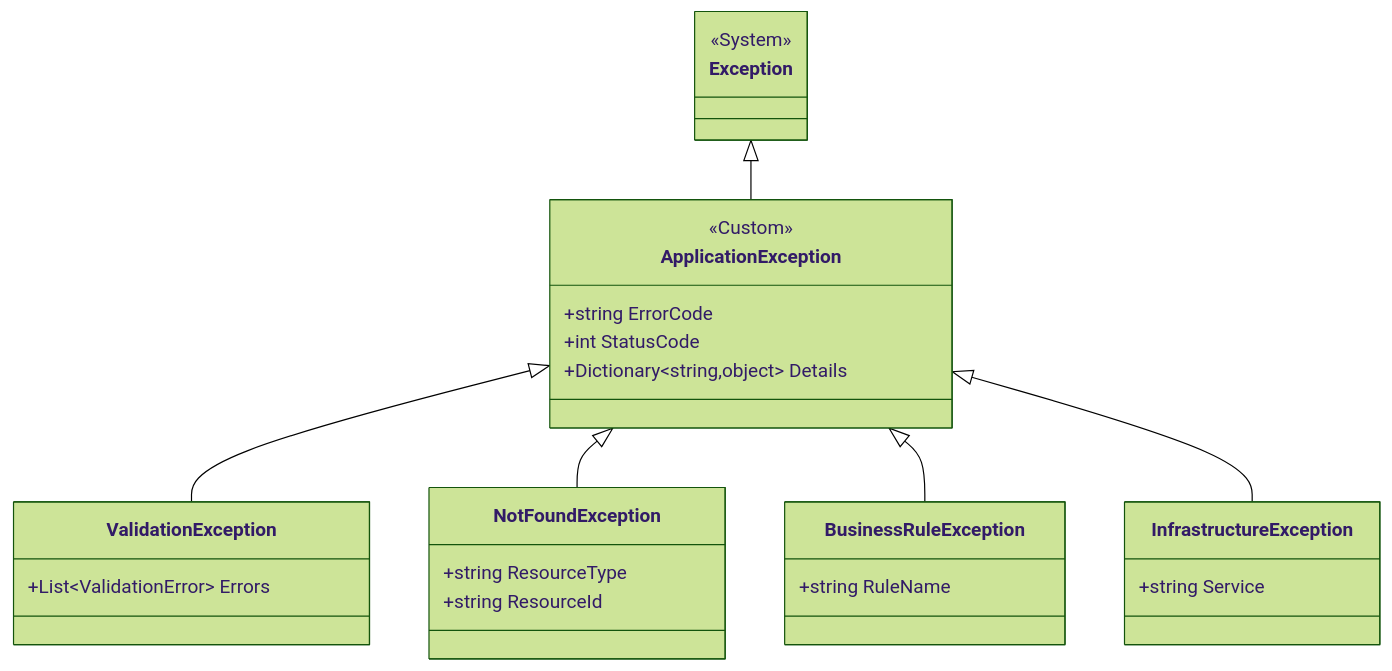
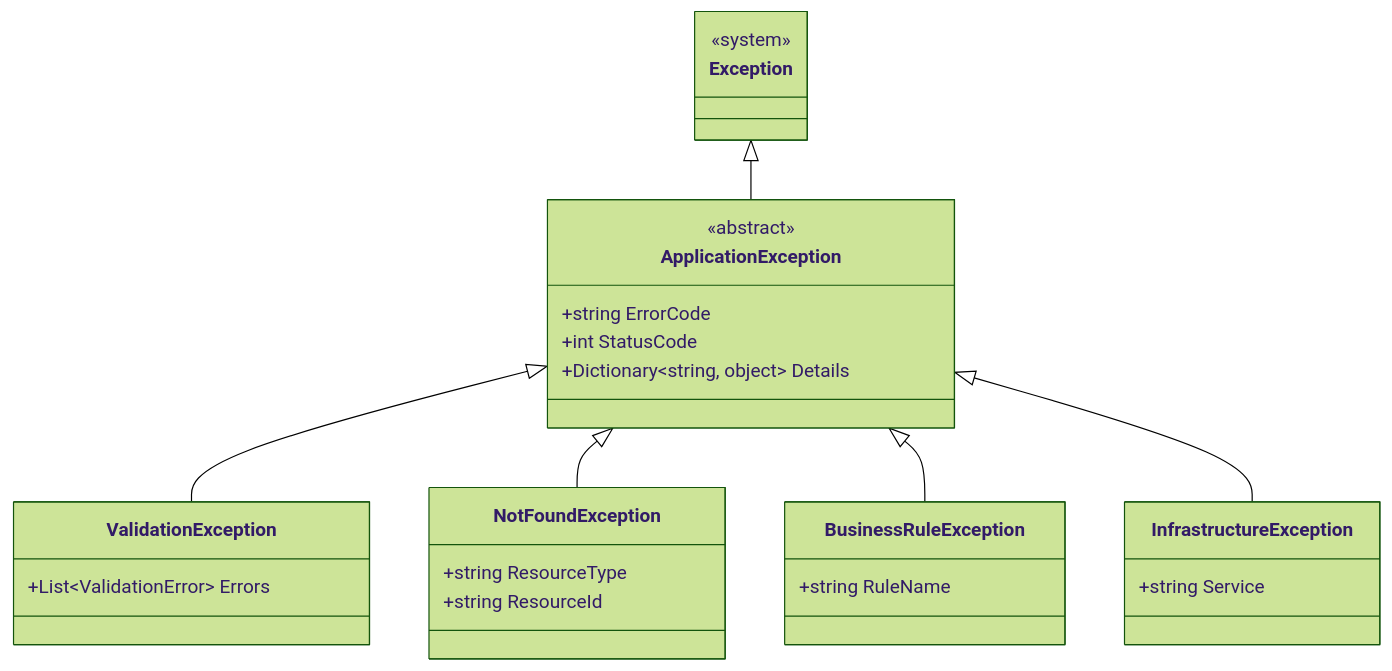
The second of 6 diagrams in .github/docs/common-design/error-handling.md (RYA234/dotnet_container), drawn with Mermaid (forest theme) before and after one commit. The commit also changed other lines of this file, not shown here.

````diff
--- a/.github/docs/common-design/error-handling.md
+++ b/.github/docs/common-design/error-handling.md
@@ -38,36 +162,32 @@
 ```mermaid
 classDiagram
+    direction TB
     class Exception {
-        <<System>>
+        <<system>>
     }
-
     class ApplicationException {
-        <<Custom>>
+        <<abstract>>
         +string ErrorCode
         +int StatusCode
-        +Dictionary~string,object~ Details
+        +Dictionary~string, object~ Details
     }
-
     class ValidationException {
         +List~ValidationError~ Errors
     }
-
     class NotFoundException {
         +string ResourceType
         +string ResourceId
     }
-
     class BusinessRuleException {
         +string RuleName
     }
-
     class InfrastructureException {
         +string Service
     }
 
     Exception <|-- ApplicationException
     ApplicationException <|-- ValidationException
     ApplicationException <|-- NotFoundException
     ApplicationException <|-- BusinessRuleException
     ApplicationException <|-- InfrastructureException
 ```
````
